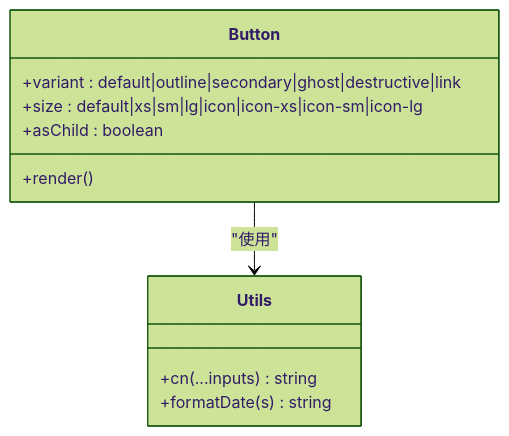
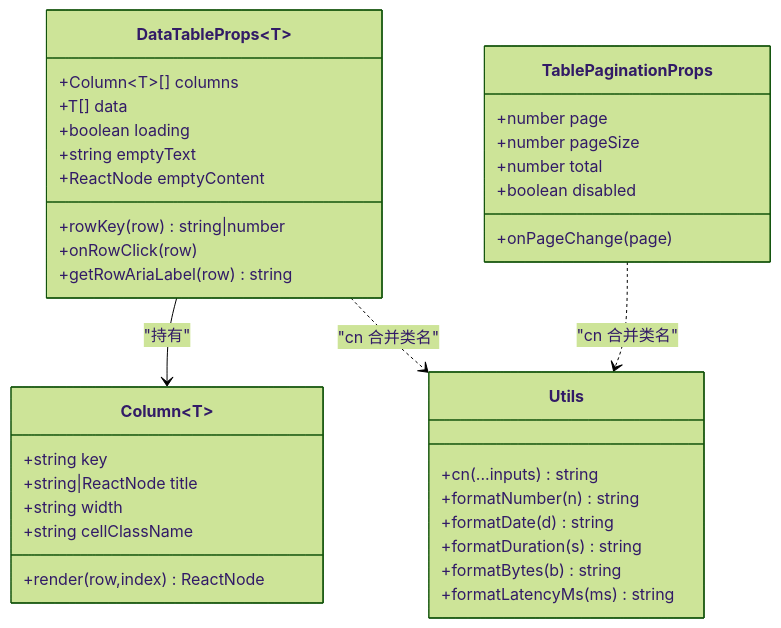
The seventh of 9 diagrams in docs/前端管理界面/前端管理界面.md (x01n/My-OpenWaf), drawn with Mermaid (forest theme) before and after one commit. The commit also changed other lines of this file and 622 other files, not shown here.

````diff
--- a/docs/前端管理界面/前端管理界面.md
+++ b/docs/前端管理界面/前端管理界面.md
@@ -293,14 +529,38 @@
 ```mermaid
 classDiagram
-class Button {
-+variant : default|outline|secondary|ghost|destructive|link
-+size : default|xs|sm|lg|icon|icon-xs|icon-sm|icon-lg
-+asChild : boolean
-+render()
-}
-class Utils {
-+cn(...inputs) string
-+formatDate(s) string
-}
-Button --> Utils : "使用"
+  class Column~T~ {
+    +string key
+    +string|ReactNode title
+    +string width
+    +string cellClassName
+    +render(row,index) ReactNode
+  }
+  class DataTableProps~T~ {
+    +Column~T~[] columns
+    +T[] data
+    +boolean loading
+    +rowKey(row) string|number
+    +string emptyText
+    +ReactNode emptyContent
+    +onRowClick(row)
+    +getRowAriaLabel(row) string
+  }
+  class TablePaginationProps {
+    +number page
+    +number pageSize
+    +number total
+    +boolean disabled
+    +onPageChange(page)
+  }
+  class Utils {
+    +cn(...inputs) string
+    +formatNumber(n) string
+    +formatDate(d) string
+    +formatDuration(s) string
+    +formatBytes(b) string
+    +formatLatencyMs(ms) string
+  }
+  DataTableProps --> Column : "持有"
+  DataTableProps ..> Utils : "cn 合并类名"
+  TablePaginationProps ..> Utils : "cn 合并类名"
 ```
````
